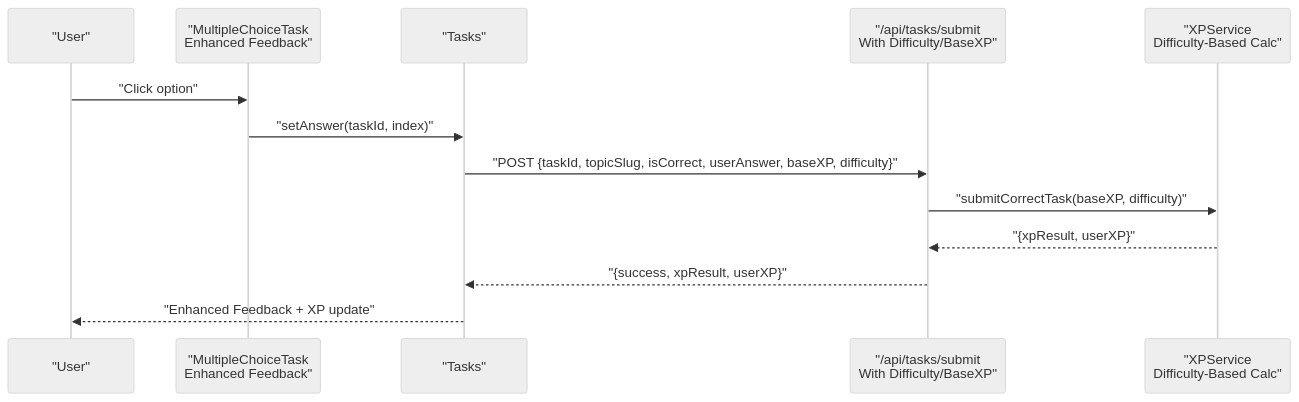
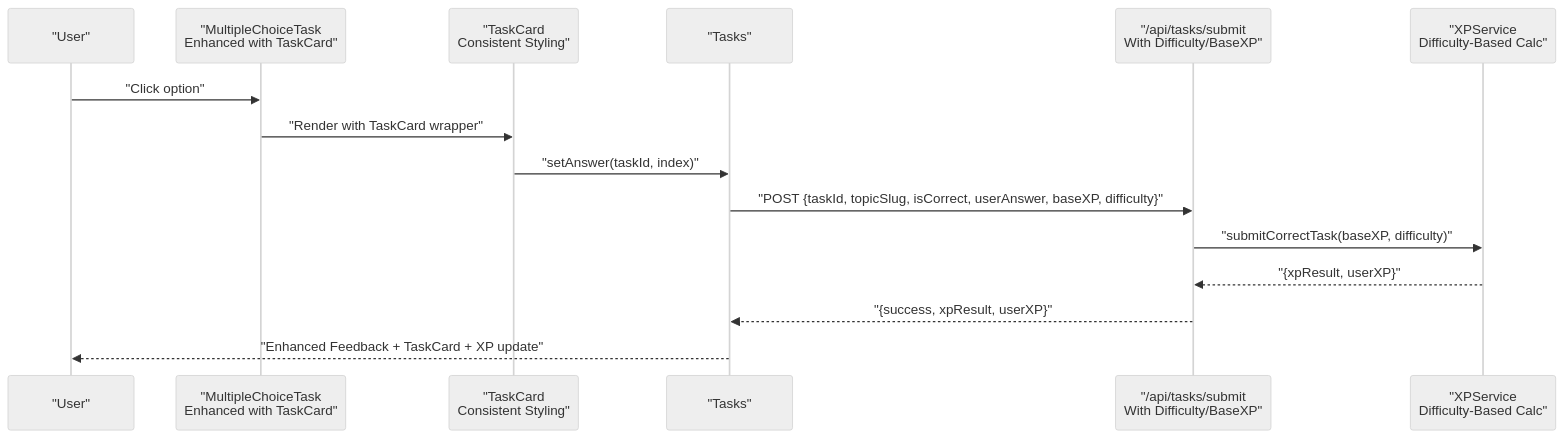
One commit to AlexKutz/math-app-next-js changed the second of 5 diagrams in .qoder/repowiki/en/content/Core Features/Learning Interface/Multiple Choice Tasks.md. Above: the diagram before and after it, drawn with Mermaid (neutral theme). The commit also changed other lines of this file and 125 other files, not shown here.

````diff
--- a/.qoder/repowiki/en/content/Core Features/Learning Interface/Multiple Choice Tasks.md
+++ b/.qoder/repowiki/en/content/Core Features/Learning Interface/Multiple Choice Tasks.md
@@ -134,15 +146,17 @@
 ```mermaid
 sequenceDiagram
 participant U as "User"
-participant MC as "MultipleChoiceTask<br/>Enhanced Feedback"
+participant MC as "MultipleChoiceTask<br/>Enhanced with TaskCard"
+participant TC as "TaskCard<br/>Consistent Styling"
 participant TS as "Tasks"
 participant API as "/api/tasks/submit<br/>With Difficulty/BaseXP"
 participant SVC as "XPService<br/>Difficulty-Based Calc"
 U->>MC : "Click option"
-MC->>TS : "setAnswer(taskId, index)"
+MC->>TC : "Render with TaskCard wrapper"
+TC->>TS : "setAnswer(taskId, index)"
 TS->>API : "POST {taskId, topicSlug, isCorrect, userAnswer, baseXP, difficulty}"
 API->>SVC : "submitCorrectTask(baseXP, difficulty)"
 SVC-->>API : "{xpResult, userXP}"
 API-->>TS : "{success, xpResult, userXP}"
-TS-->>U : "Enhanced Feedback + XP update"
+TS-->>U : "Enhanced Feedback + TaskCard + XP update"
 ```
````
